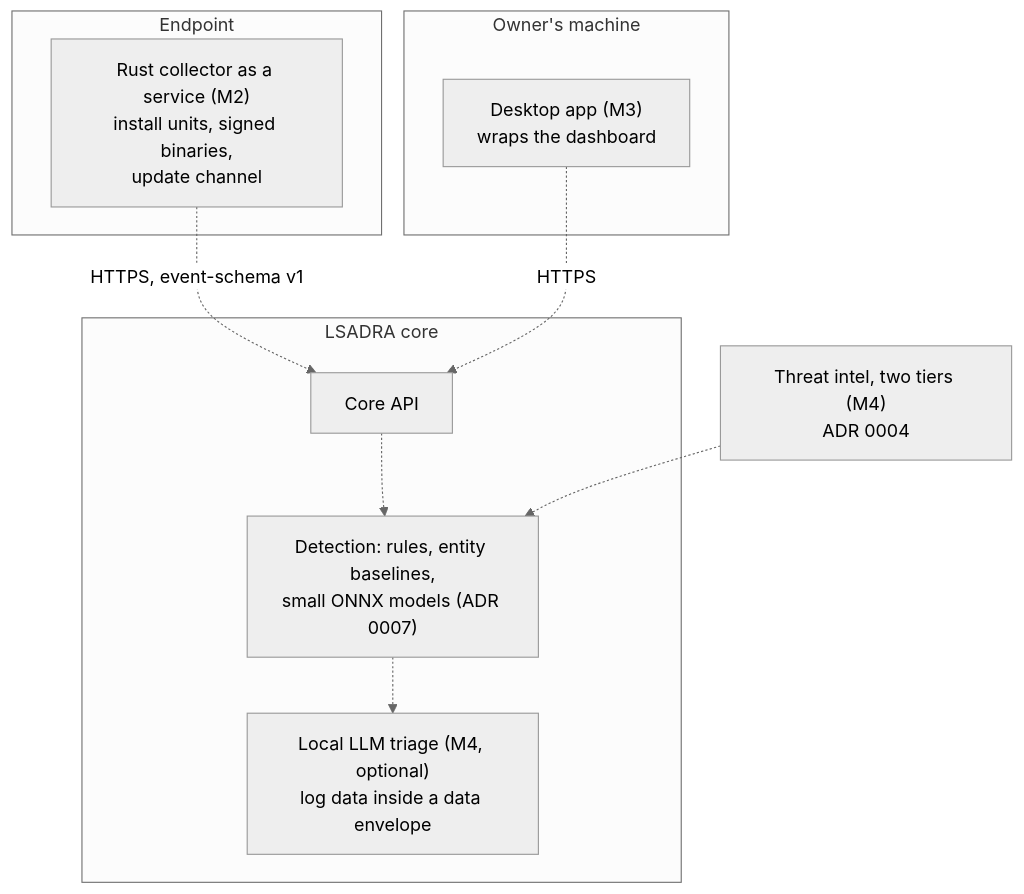
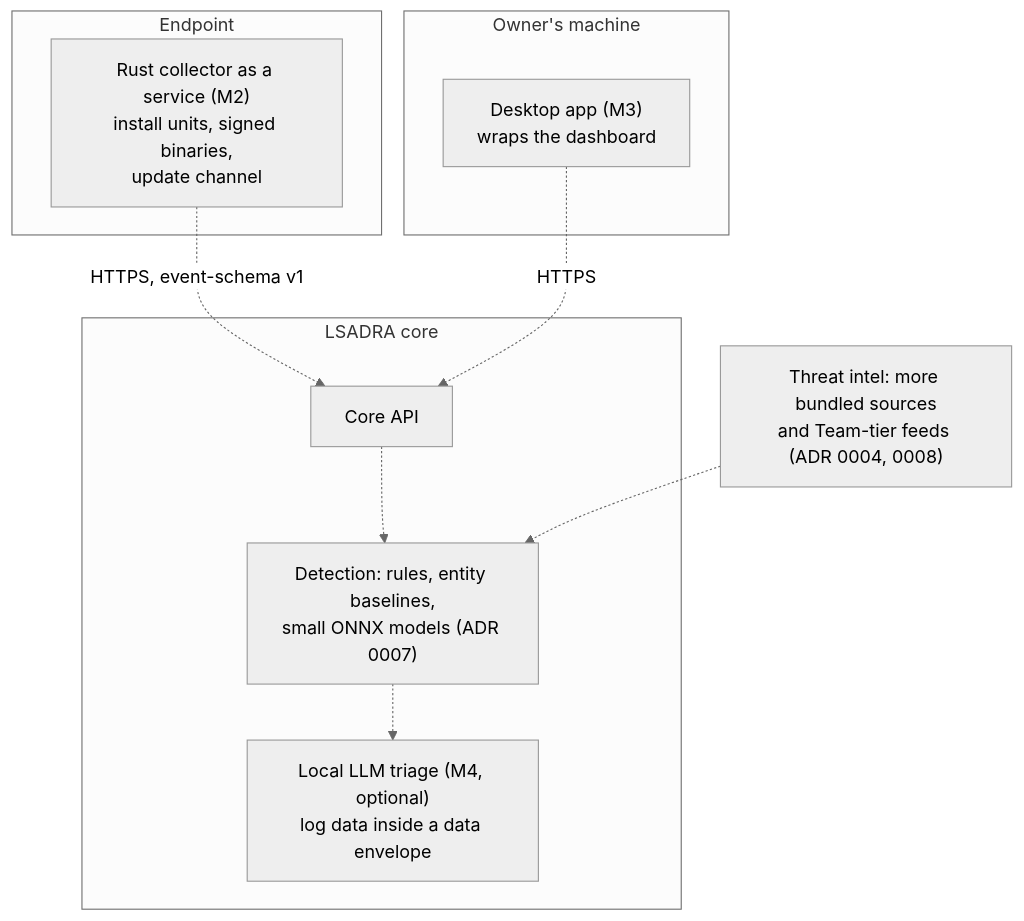
Before and after one commit to tsmanral/lsadra: the fourth of 4 diagrams in docs/architecture/c4.md, drawn with Mermaid (neutral theme). The commit also changed other lines of this file and 4 other files, not shown here.

First line of the commit message:
docs: describe two-tier threat intel, local geolocation and key revocation

````diff
--- a/docs/architecture/c4.md
+++ b/docs/architecture/c4.md
@@ -172,21 +185,21 @@
 ```mermaid
 flowchart TB
     subgraph endpoint["Endpoint"]
         rs["Rust collector as a service (M2)<br/>install units, signed binaries,<br/>update channel"]
     end
     subgraph desktop["Owner's machine"]
         app["Desktop app (M3)<br/>wraps the dashboard"]
     end
     subgraph core["LSADRA core"]
         api["Core API"]
         det["Detection: rules, entity baselines,<br/>small ONNX models (ADR 0007)"]
         llm["Local LLM triage (M4, optional)<br/>log data inside a data envelope"]
     end
-    intel["Threat intel, two tiers (M4)<br/>ADR 0004"]
+    intel["Threat intel: more bundled sources<br/>and Team-tier feeds (ADR 0004, 0008)"]
 
     rs -. "HTTPS, event-schema v1" .-> api
     app -. "HTTPS" .-> api
     api -.-> det
     det -.-> llm
     intel -.-> det
 ```
````
